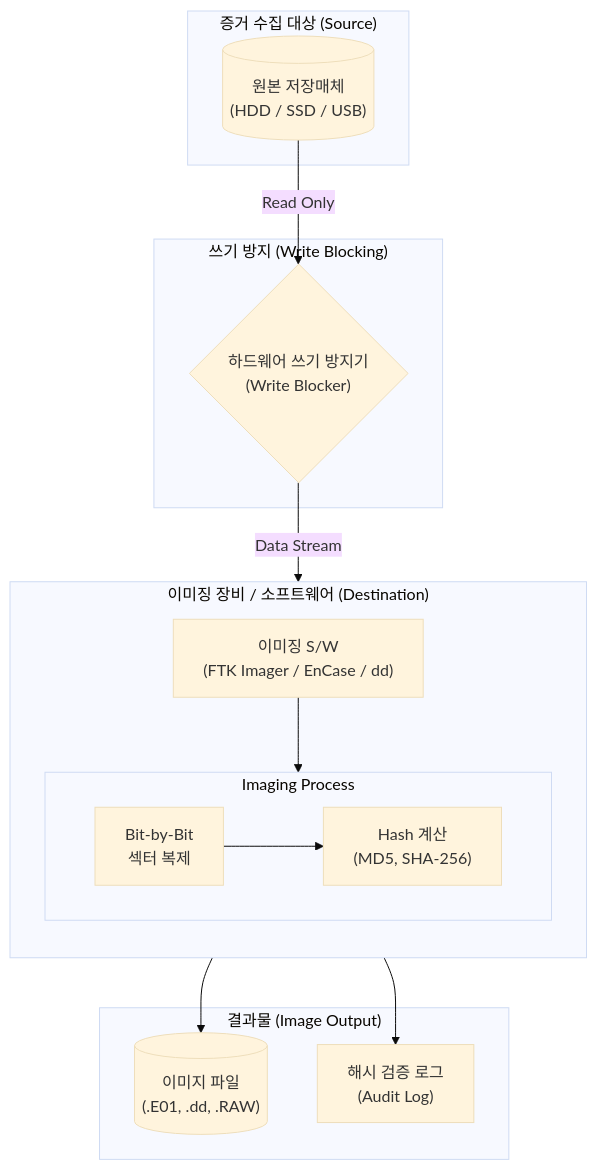
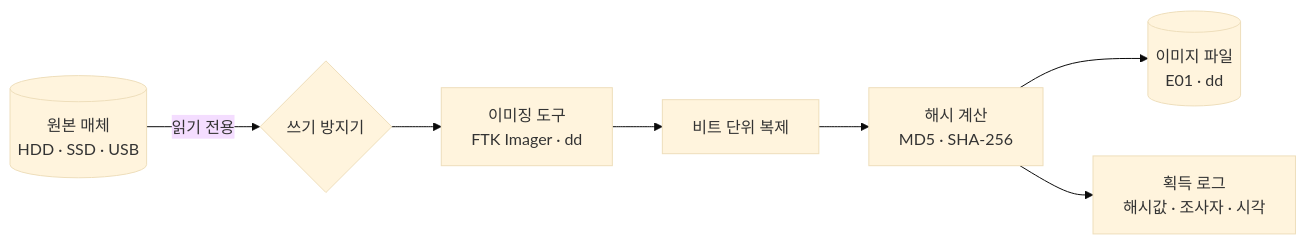
Before and after one commit to supremethumb/supremethumb.github.io: the diagram in content/01_IT Tech/디스크 이미징.md, drawn with Mermaid (base theme). The commit also changed other lines of this file and 1087 other files, not shown here.

````diff
--- a/content/01_IT Tech/디스크 이미징.md
+++ b/content/01_IT Tech/디스크 이미징.md
@@ -29,34 +34,9 @@
 ```mermaid
-flowchart TB
-    subgraph Target["증거 수집 대상 (Source)"]
-        SourceHDD[("원본 저장매체<br/>(HDD / SSD / USB)")]
-    end
-
-    subgraph Hardware["쓰기 방지 (Write Blocking)"]
-        WriteBlocker{"하드웨어 쓰기 방지기<br/>(Write Blocker)"}
-    end
-
-    subgraph Acquisition["이미징 장비 / 소프트웨어 (Destination)"]
-        direction TB
-        SW["이미징 S/W<br/>(FTK Imager / EnCase / dd)"]
-        
-        subgraph Process["Imaging Process"]
-            direction LR
-            BitCopy["Bit-by-Bit<br/>섹터 복제"]
-            HashCalc["Hash 계산<br/>(MD5, SHA-256)"]
-            BitCopy --> HashCalc
-        end
-        SW --> Process
-    end
-
-    subgraph Output["결과물 (Image Output)"]
-        ImageFile[("이미지 파일<br/>(.E01, .dd, .RAW)")]
-        LogFile["해시 검증 로그<br/>(Audit Log)"]
-    end
-
-    SourceHDD -->|Read Only| WriteBlocker
-    WriteBlocker -->|Data Stream| SW
-    Process --> ImageFile
-    Process --> LogFile
-
+flowchart LR
+    SRC[("원본 매체<br/>HDD · SSD · USB")] -->|"읽기 전용"| WB{"쓰기 방지기"}
+    WB --> SW["이미징 도구<br/>FTK Imager · dd"]
+    SW --> COPY["비트 단위 복제"]
+    COPY --> HASH["해시 계산<br/>MD5 · SHA-256"]
+    HASH --> IMG[("이미지 파일<br/>E01 · dd")]
+    HASH --> LOG["획득 로그<br/>해시값 · 조사자 · 시각"]
 ```
````
